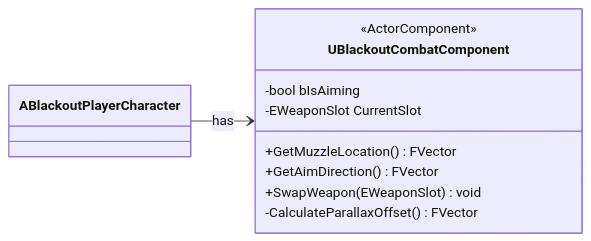
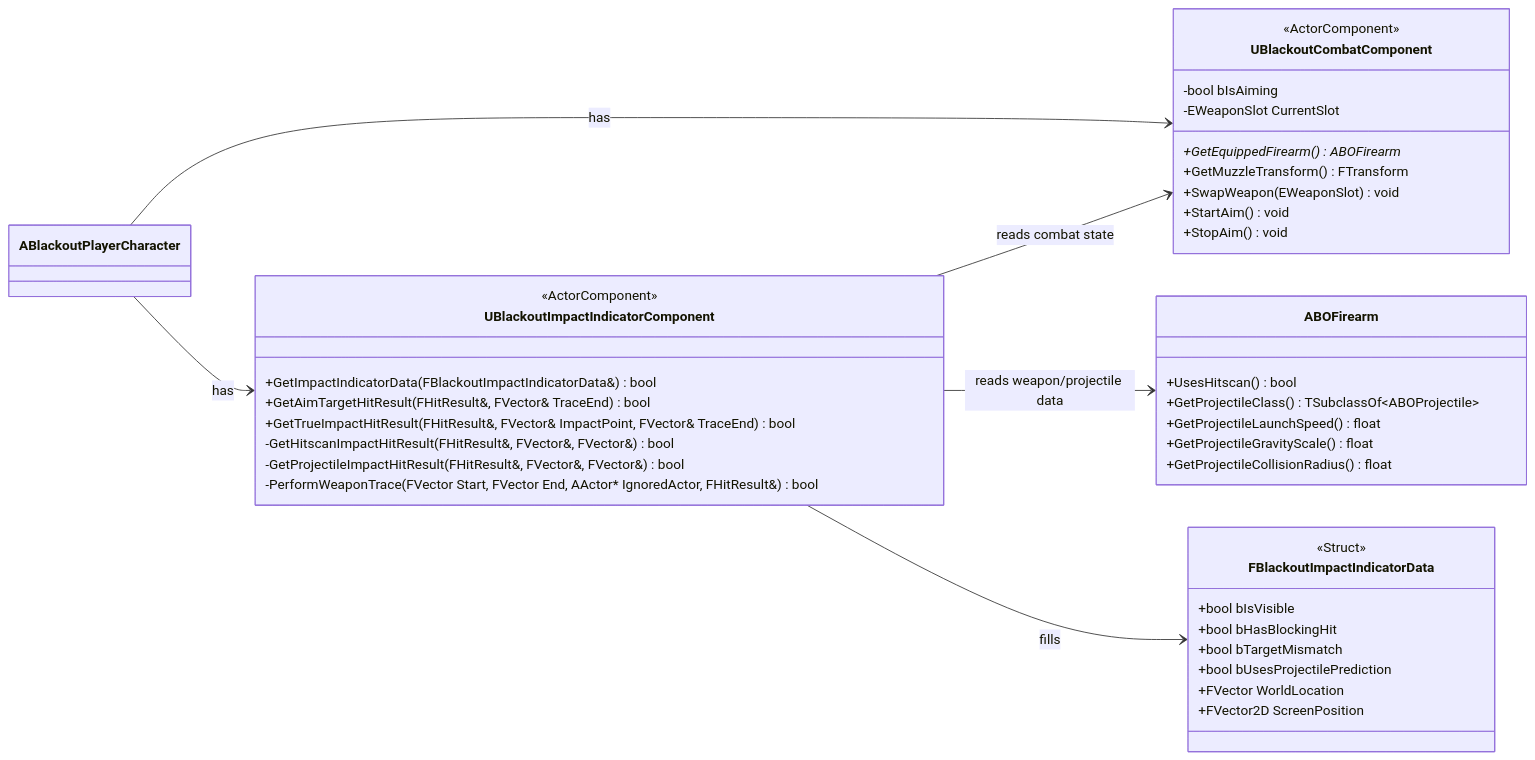
One commit to seongwon1579/ProjectBlackout changed the tenth of 12 diagrams in Docs/Project_Blackout_클래스다이어그램.md. Above: the diagram before and after it, drawn with Mermaid. The commit also changed other lines of this file and 7 other files, not shown here.

````diff
--- a/Docs/Project_Blackout_클래스다이어그램.md
+++ b/Docs/Project_Blackout_클래스다이어그램.md
@@ -360,16 +361,49 @@
 ```mermaid
 classDiagram
     direction LR
 
     class UBlackoutCombatComponent {
         <<ActorComponent>>
         -bool bIsAiming
         -EWeaponSlot CurrentSlot
-        +GetMuzzleLocation() FVector
-        +GetAimDirection() FVector
+        +GetEquippedFirearm() ABOFirearm*
+        +GetMuzzleTransform() FTransform
         +SwapWeapon(EWeaponSlot) void
-        -CalculateParallaxOffset() FVector
+        +StartAim() void
+        +StopAim() void
+    }
+
+    class UBlackoutImpactIndicatorComponent {
+        <<ActorComponent>>
+        +GetImpactIndicatorData(FBlackoutImpactIndicatorData&) bool
+        +GetAimTargetHitResult(FHitResult&, FVector& TraceEnd) bool
+        +GetTrueImpactHitResult(FHitResult&, FVector& ImpactPoint, FVector& TraceEnd) bool
+        -GetHitscanImpactHitResult(FHitResult&, FVector&, FVector&) bool
+        -GetProjectileImpactHitResult(FHitResult&, FVector&, FVector&) bool
+        -PerformWeaponTrace(FVector Start, FVector End, AActor* IgnoredActor, FHitResult&) bool
+    }
+
+    class FBlackoutImpactIndicatorData {
+        <<Struct>>
+        +bool bIsVisible
+        +bool bHasBlockingHit
+        +bool bTargetMismatch
+        +bool bUsesProjectilePrediction
+        +FVector WorldLocation
+        +FVector2D ScreenPosition
+    }
+
+    class ABOFirearm {
+        +UsesHitscan() bool
+        +GetProjectileClass() TSubclassOf~ABOProjectile~
+        +GetProjectileLaunchSpeed() float
+        +GetProjectileGravityScale() float
+        +GetProjectileCollisionRadius() float
     }
 
     ABlackoutPlayerCharacter --> UBlackoutCombatComponent : has
+    ABlackoutPlayerCharacter --> UBlackoutImpactIndicatorComponent : has
+    UBlackoutImpactIndicatorComponent --> UBlackoutCombatComponent : reads combat state
+    UBlackoutImpactIndicatorComponent --> ABOFirearm : reads weapon/projectile data
+    UBlackoutImpactIndicatorComponent --> FBlackoutImpactIndicatorData : fills
 ```
````
